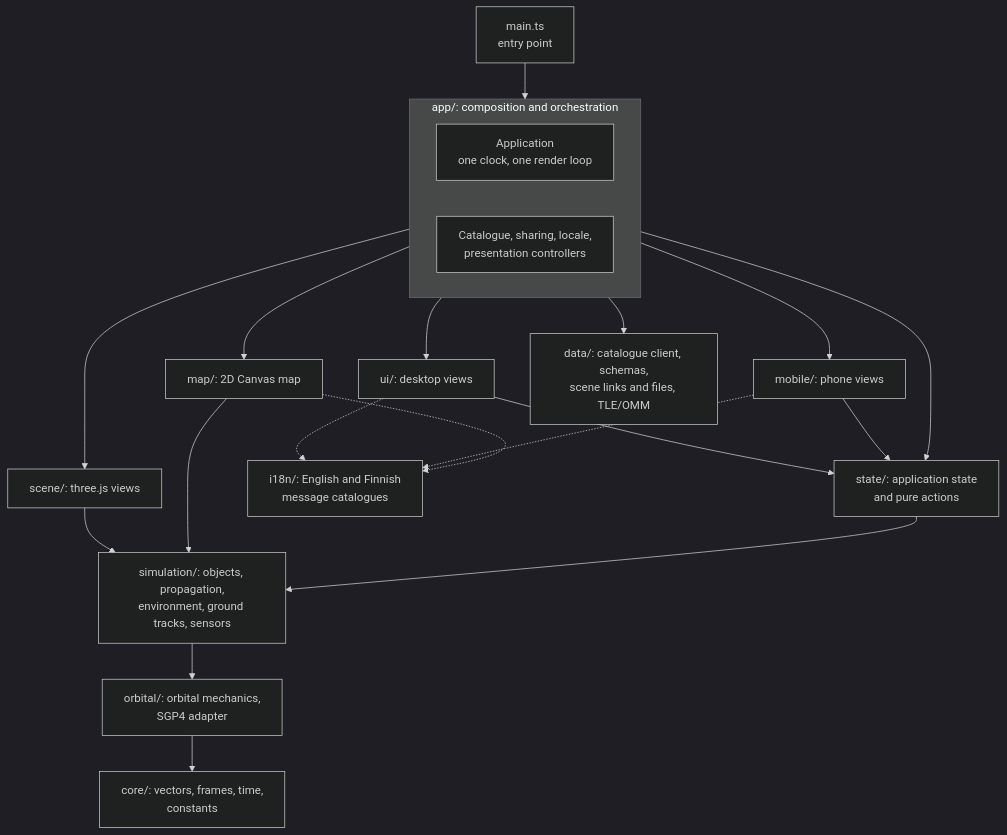
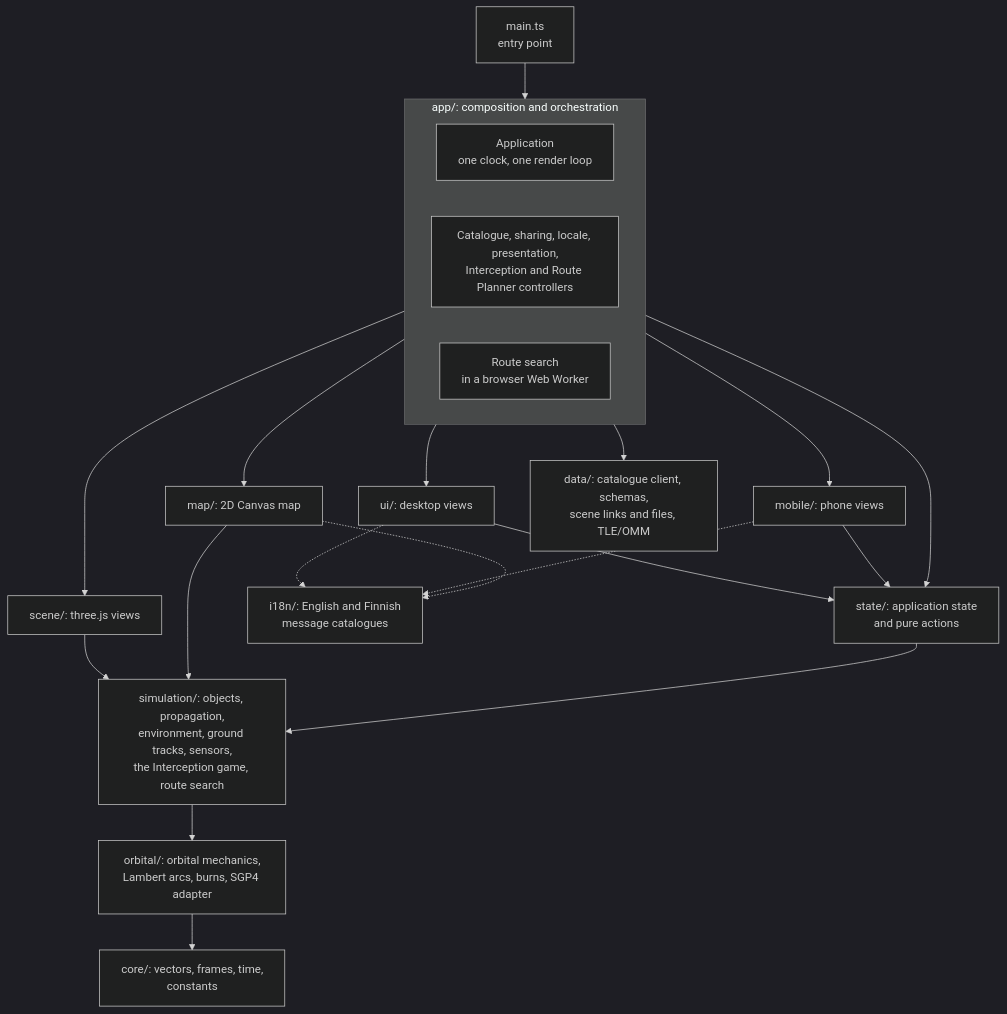
The first of 2 diagrams in docs/architecture.md (Varjola/orbitin), drawn with Mermaid (dark theme) before and after one commit. The commit also changed other lines of this file and 184 other files, not shown here.

````diff
--- a/docs/architecture.md
+++ b/docs/architecture.md
@@ -10,24 +10,25 @@
 ```mermaid
 flowchart TB
   main["main.ts<br/>entry point"] --> app
   subgraph app["app/: composition and orchestration"]
     Application["Application<br/>one clock, one render loop"]
-    Controllers["Catalogue, sharing, locale,<br/>presentation controllers"]
+    Controllers["Catalogue, sharing, locale, presentation,<br/>Interception and Route Planner controllers"]
+    Search["Route search<br/>in a browser Web Worker"]
   end
   app --> ui["ui/: desktop views"]
   app --> mobile["mobile/: phone views"]
   app --> scene["scene/: three.js views"]
   app --> map["map/: 2D Canvas map"]
   app --> state["state/: application state<br/>and pure actions"]
   app --> data["data/: catalogue client, schemas,<br/>scene links and files, TLE/OMM"]
   ui --> state
   mobile --> state
   scene --> simulation
   map --> simulation
-  state --> simulation["simulation/: objects, propagation,<br/>environment, ground tracks, sensors"]
-  simulation --> orbital["orbital/: orbital mechanics,<br/>SGP4 adapter"]
+  state --> simulation["simulation/: objects, propagation,<br/>environment, ground tracks, sensors,<br/>the Interception game, route search"]
+  simulation --> orbital["orbital/: orbital mechanics,<br/>Lambert arcs, burns, SGP4 adapter"]
   orbital --> core["core/: vectors, frames, time,<br/>constants"]
   ui -.-> i18n["i18n/: English and Finnish<br/>message catalogues"]
   mobile -.-> i18n
   map -.-> i18n
 ```
````
